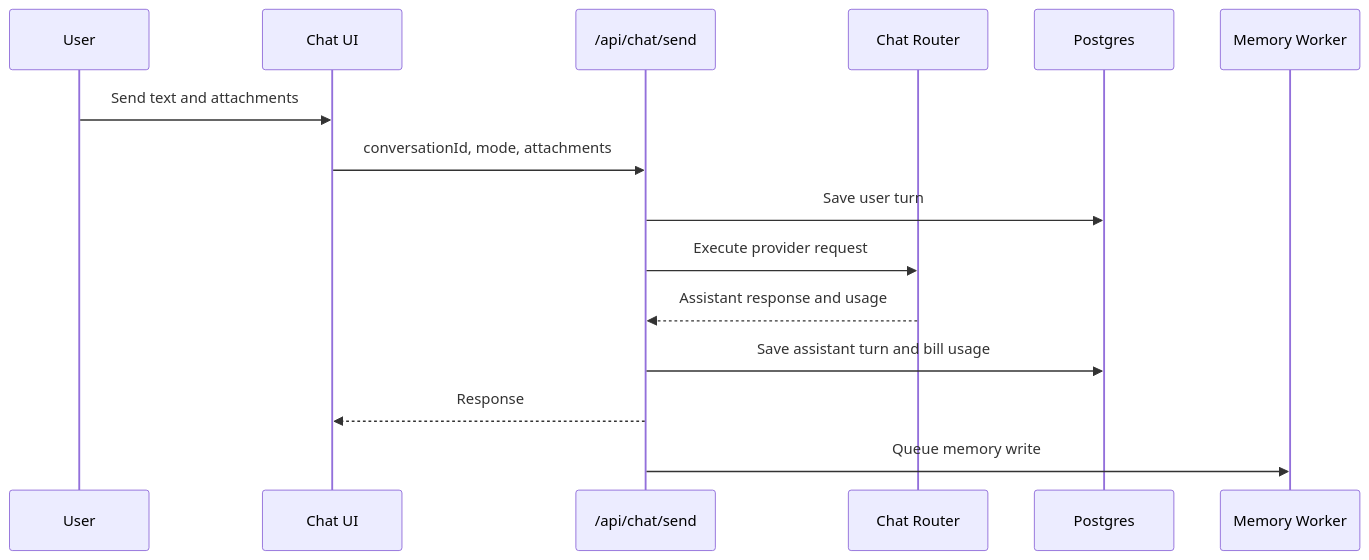
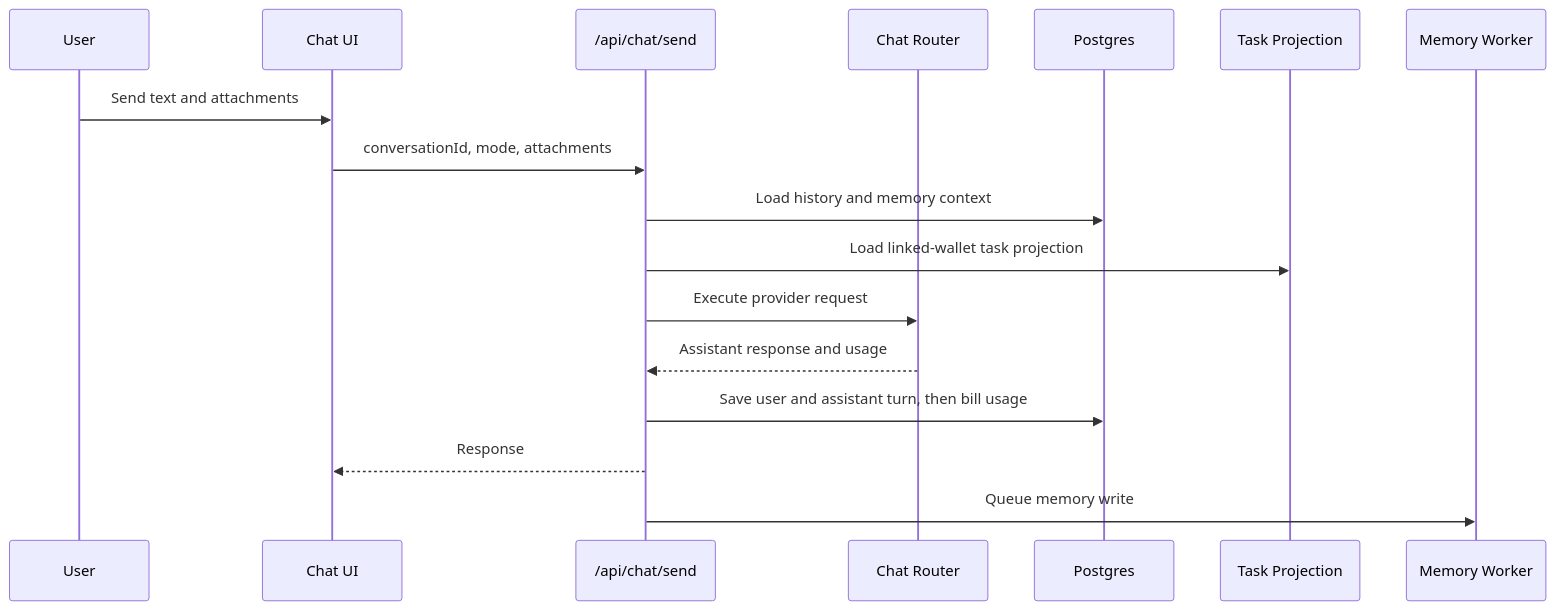
The diagram in docs/wiki/surfaces/chat.md (postfiatorg/tasknode), drawn with Mermaid before and after one commit. The commit also changed other lines of this file, not shown here.

Commit message:
Document task context in chat docs

````diff
--- a/docs/wiki/surfaces/chat.md
+++ b/docs/wiki/surfaces/chat.md
@@ -65,17 +94,19 @@
 ```mermaid
 sequenceDiagram
   participant U as User
   participant UI as Chat UI
   participant API as /api/chat/send
   participant R as Chat Router
   participant DB as Postgres
+  participant T as Task Projection
   participant M as Memory Worker
   U->>UI: Send text and attachments
   UI->>API: conversationId, mode, attachments
-  API->>DB: Save user turn
+  API->>DB: Load history and memory context
+  API->>T: Load linked-wallet task projection
   API->>R: Execute provider request
   R-->>API: Assistant response and usage
-  API->>DB: Save assistant turn and bill usage
+  API->>DB: Save user and assistant turn, then bill usage
   API-->>UI: Response
   API->>M: Queue memory write
 ```
````
